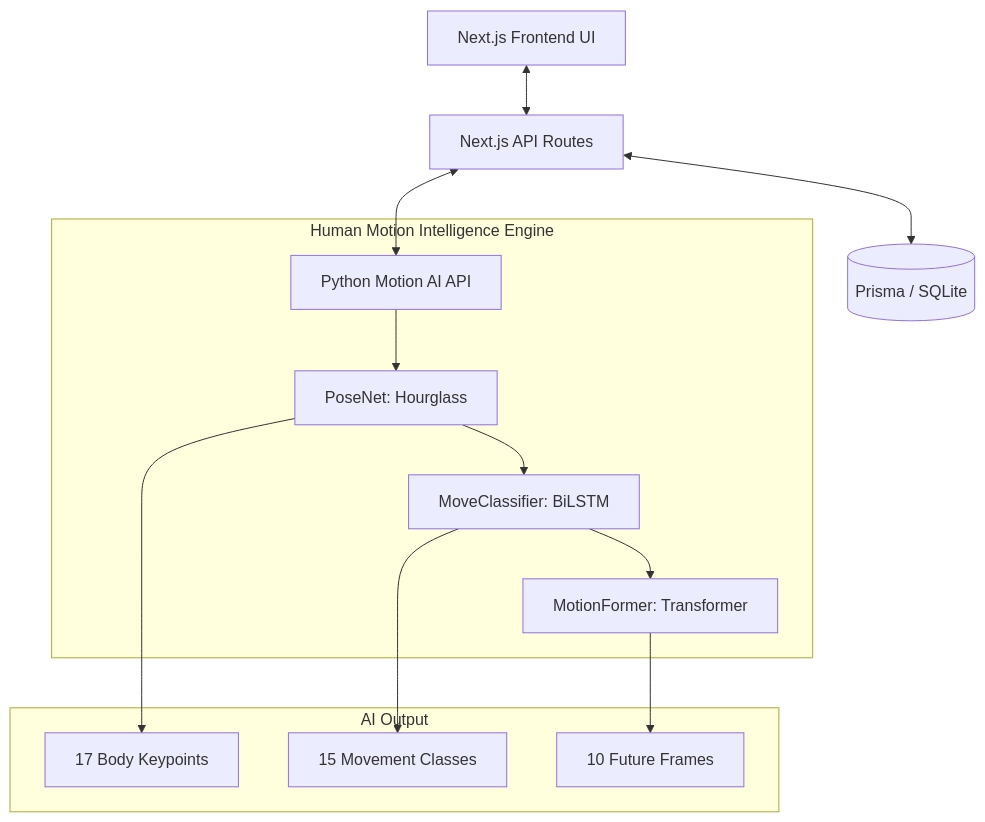
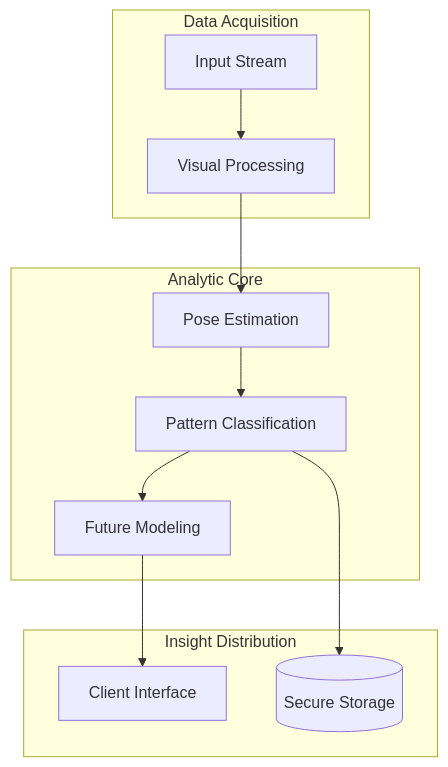
The diagram in README.md (selmahacii/MotionAi), drawn with Mermaid before and after one commit. The commit also changed other lines of this file and 2 other files, not shown here.

Commit message:
human motion model

````diff
--- a/README.md
+++ b/README.md
@@ -5,18 +12,17 @@
 ```mermaid
 graph TD
-    UI[Next.js Frontend UI] <--> API[Next.js API Routes]
-    API <--> DB[(Prisma / SQLite)]
-    API <--> P[Python Motion AI API]
-    
-    subgraph "Human Motion Intelligence Engine"
-        P --> PN[PoseNet: Hourglass]
-        PN --> MC[MoveClassifier: BiLSTM]
-        MC --> MF[MotionFormer: Transformer]
+    subgraph "Data Acquisition"
+        I[Input Stream] --> V[Visual Processing]
     end
     
-    subgraph "AI Output"
-        PN --> KP[17 Body Keypoints]
-        MC --> CL[15 Movement Classes]
-        MF --> FD[10 Future Frames]
+    subgraph "Analytic Core"
+        V --> PE[Pose Estimation]
+        PE --> PC[Pattern Classification]
+        PC --> FM[Future Modeling]
+    end
+    
+    subgraph "Insight Distribution"
+        FM --> UI[Client Interface]
+        PC --> DB[(Secure Storage)]
     end
 ```
````
